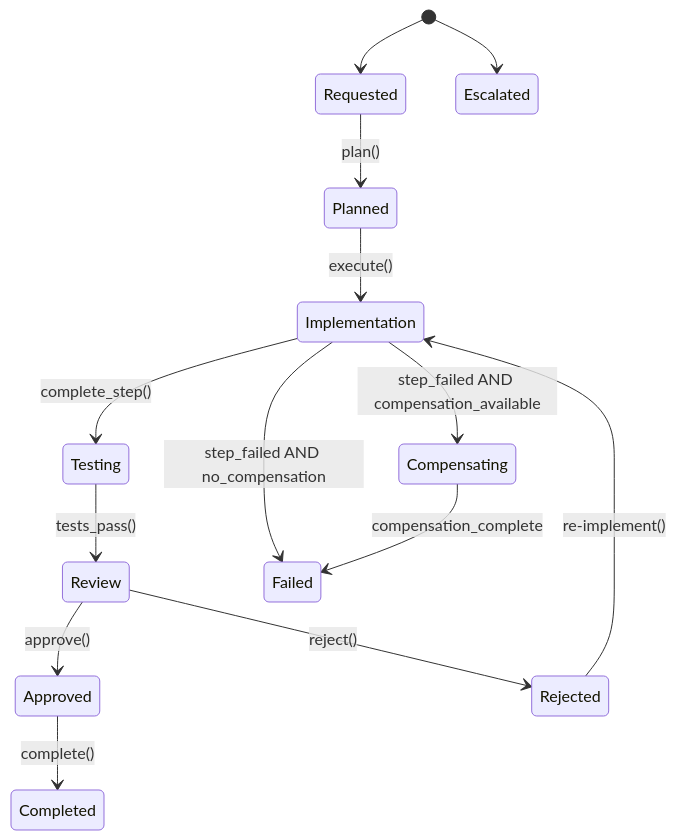
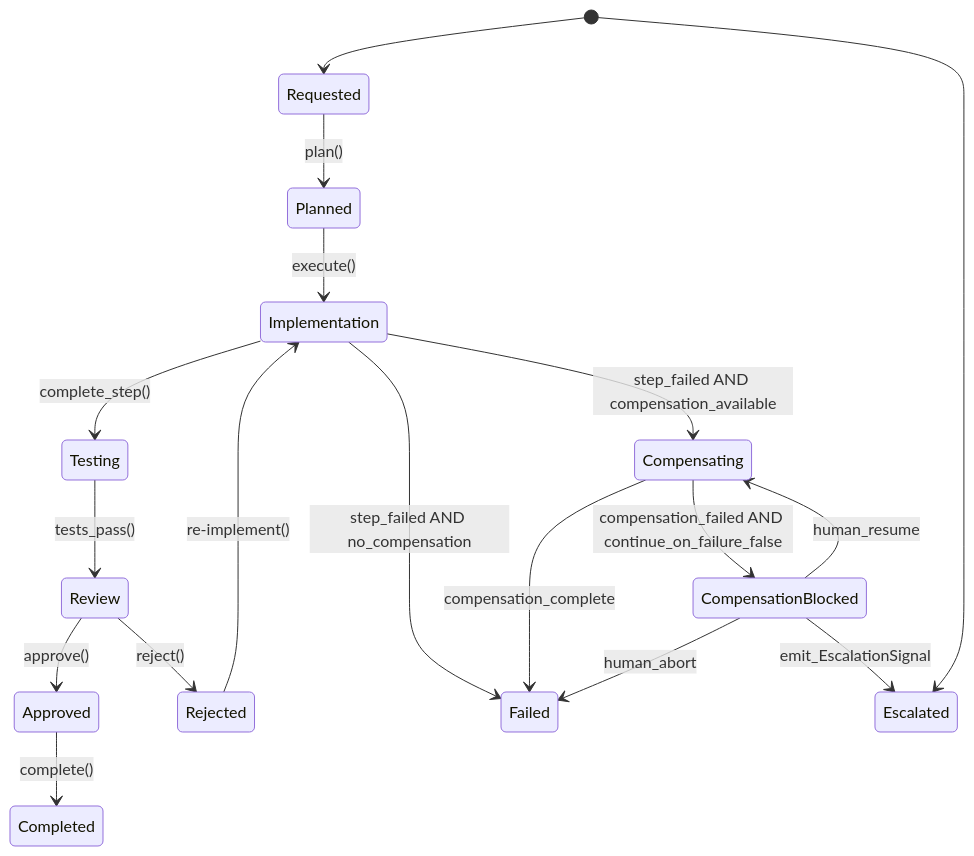
Before and after one commit to salimnamvar/amir: the third of 3 diagrams in docs/specification/model.md, drawn with Mermaid. The commit also changed other lines of this file and 22 other files, not shown here.

Commit message:
docs: enhance contract documentation with new schemas, allowlist profiles, and CI checks; refine existing schemas for clarity and compliance

````diff
--- a/docs/specification/model.md
+++ b/docs/specification/model.md
@@ -265,16 +270,20 @@
 ```mermaid
 stateDiagram-v2
     [*] --> Requested
     Requested --> Planned: plan()
     Planned --> Implementation: execute()
     Implementation --> Testing: complete_step()
     Testing --> Review: tests_pass()
     Review --> Approved: approve()
     Approved --> Completed: complete()
     Review --> Rejected: reject()
     Rejected --> Implementation: re-implement()
     Implementation --> Failed: step_failed AND no_compensation
     Implementation --> Compensating: step_failed AND compensation_available
     Compensating --> Failed: compensation_complete
+    Compensating --> CompensationBlocked: compensation_failed AND continue_on_failure_false
+    CompensationBlocked --> Escalated: emit_EscalationSignal
+    CompensationBlocked --> Compensating: human_resume
+    CompensationBlocked --> Failed: human_abort
     [*] --> Escalated
 ```
````
